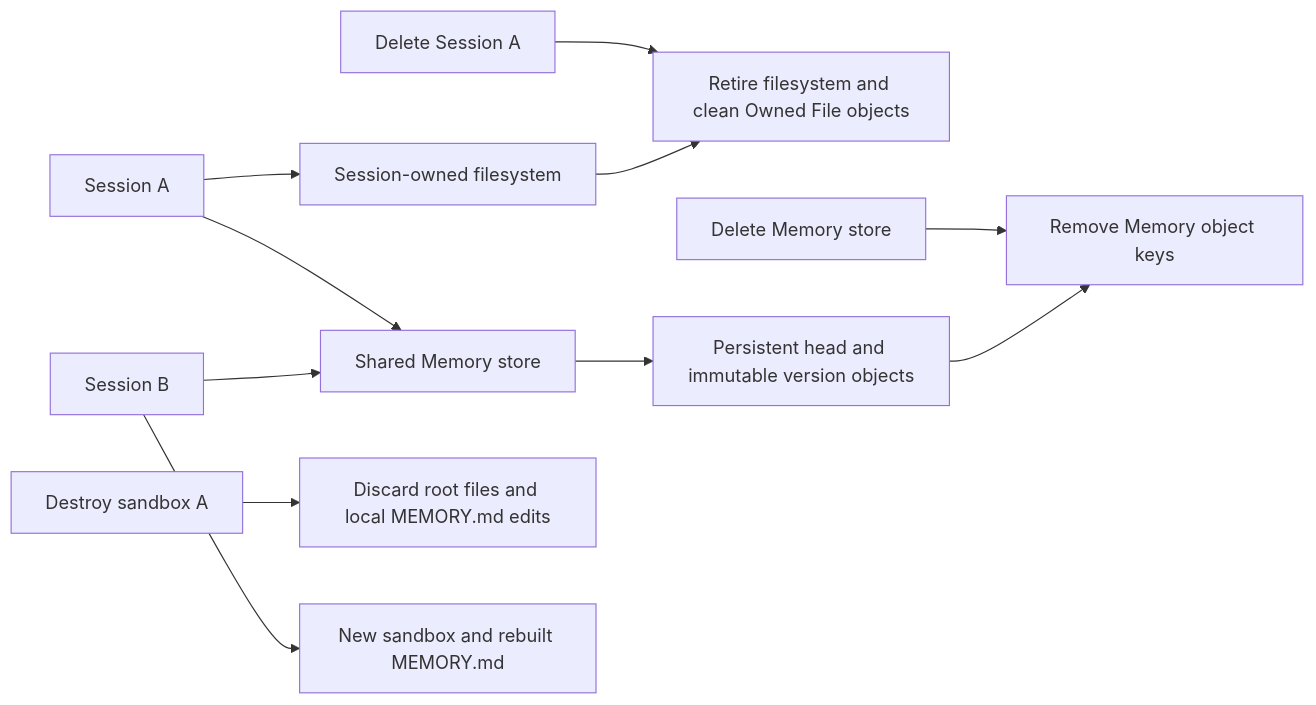
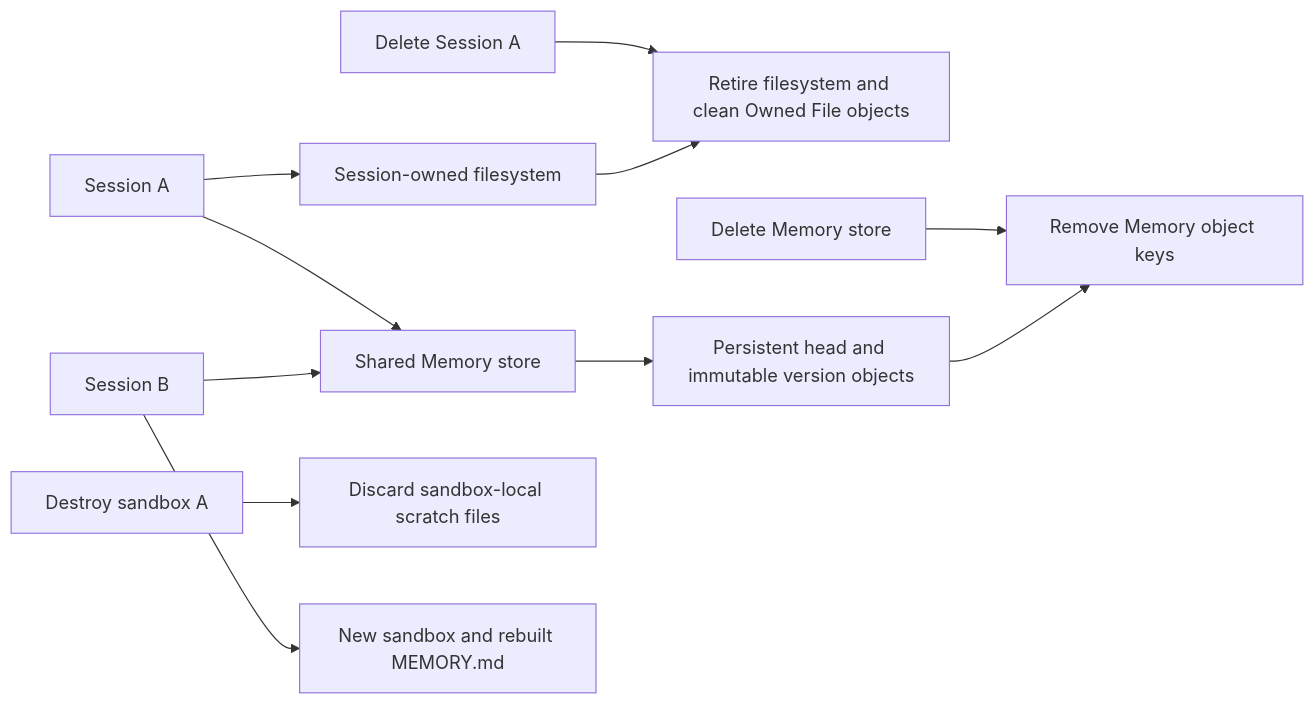
Before and after one commit to superduck-ai/open-managed-agents: the diagram in .agents/skills/verify-be/features/memory.md, drawn with Mermaid. The commit also changed other lines of this file and 9 other files, not shown here.

````diff
--- a/.agents/skills/verify-be/features/memory.md
+++ b/.agents/skills/verify-be/features/memory.md
@@ -57,13 +57,13 @@
 ```mermaid
 flowchart LR
     A[Session A] --> FS[Session-owned filesystem]
     A --> Store[Shared Memory store]
     Delete[Delete Session A] --> Cleanup[Retire filesystem and clean Owned File objects]
     FS --> Cleanup
     B[Session B] --> Store
-    Sandbox[Destroy sandbox A] --> Local[Discard root files and local MEMORY.md edits]
+    Sandbox[Destroy sandbox A] --> Local[Discard sandbox-local scratch files]
     B --> Fresh[New sandbox and rebuilt MEMORY.md]
     Store --> Versions[Persistent head and immutable version objects]
     DeleteStore[Delete Memory store] --> All[Remove Memory object keys]
     Versions --> All
 ```
````
